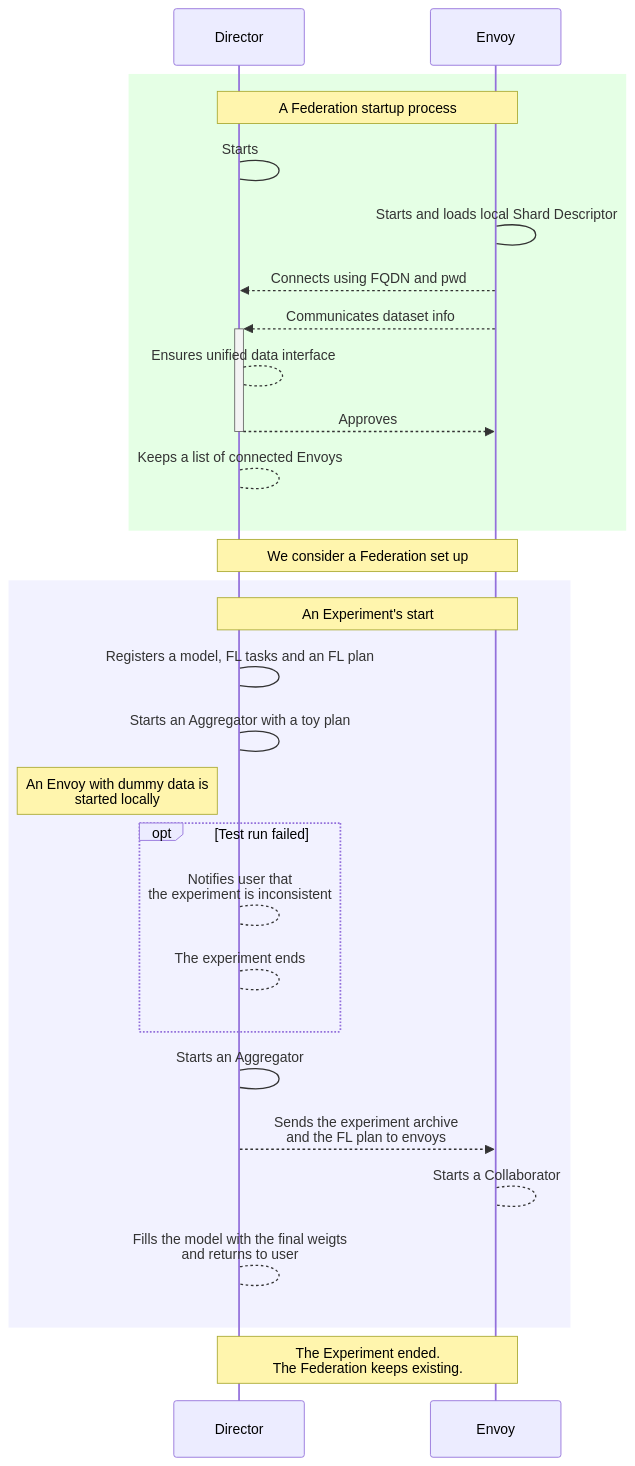
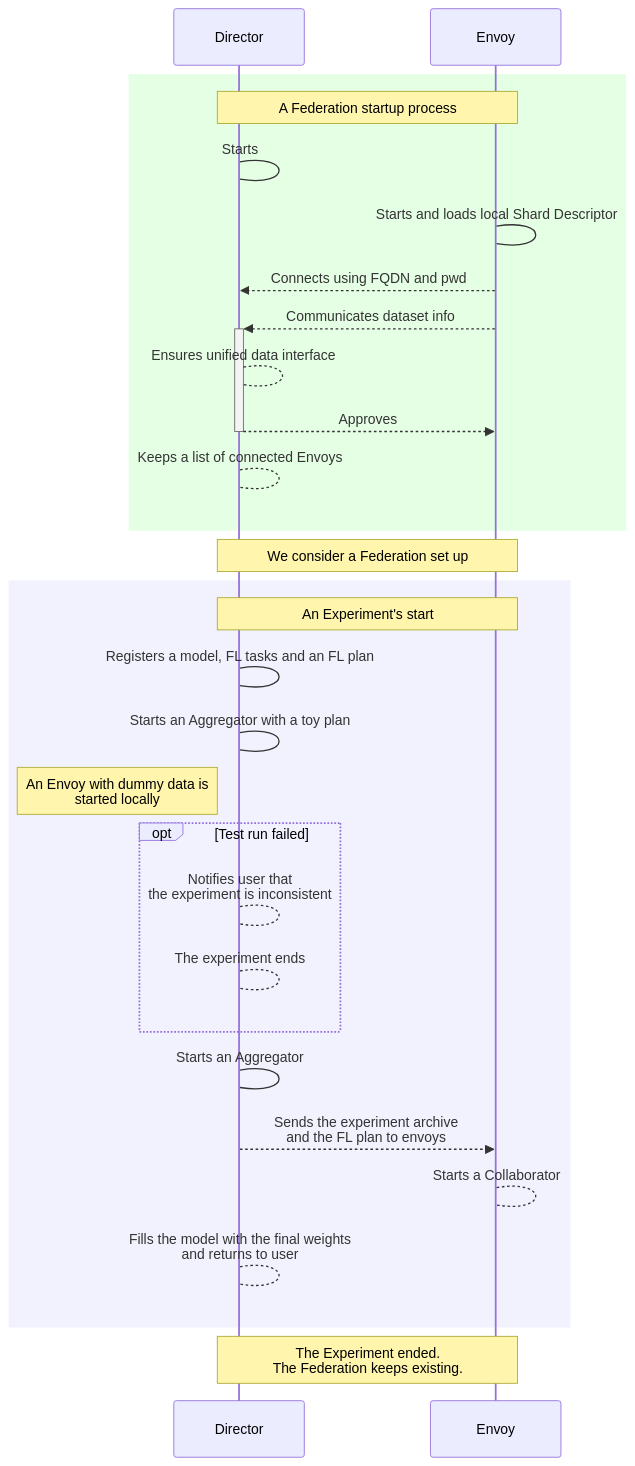
One commit to securefederatedai/openfl changed the diagram in docs/source/openfl/director_envoy.mmd. Above: the diagram before and after it, drawn with Mermaid. The commit also changed 1 other file, not shown here.

```diff
--- a/docs/source/openfl/director_envoy.mmd
+++ b/docs/source/openfl/director_envoy.mmd
@@ -1,30 +1,30 @@
 sequenceDiagram
     participant D as Director
     participant E as Envoy
     rect rgb(0, 255, 0,.1)
         Note over D,E: A Federation startup process
         D->D: Starts
         E->E: Starts and loads local Shard Descriptor
         E-->>D: Connects using FQDN and pwd
         E-->>+D: Communicates dataset info
         D-->D: Ensures unified data interface
         D-->>-E: Approves
         D-->D: Keeps a list of connected Envoys
         
     end
     Note over D,E: We consider a Federation set up
     rect rgb(0, 0, 255,.05)
         Note over D,E: An Experiment's start
         D->D: Registers a model, FL tasks and an FL plan
         D->D:Starts an Aggregator with a toy plan
         Note left of D: An Envoy with dummy data is <br>started locally
         opt Test run failed
             D-->D: Notifies user that <br>the experiment is inconsistent
             D-->D: The experiment ends
         end
         D->D: Starts an Aggregator
         D-->>E: Sends the experiment archive <br>and the FL plan to envoys
         E-->E: Starts a Collaborator
-        D-->D: Fills the model with the final weigts <br>and returns to user
+        D-->D: Fills the model with the final weights <br>and returns to user
     end
     Note over D,E: The Experiment ended. <br> The Federation keeps existing.
```
